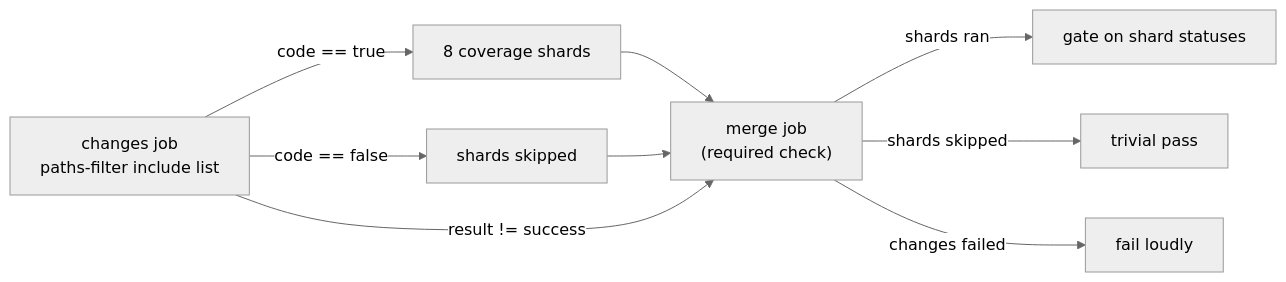
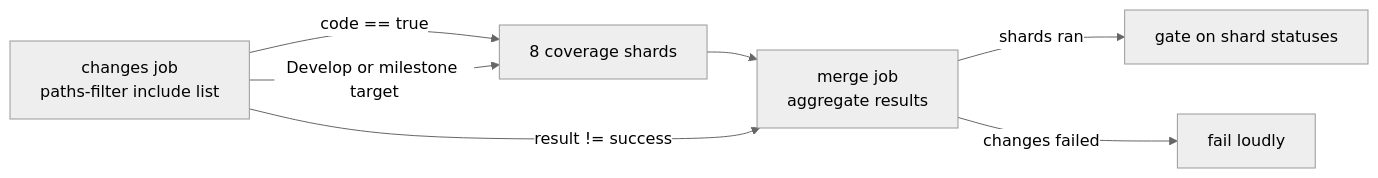
One commit to stSoftwareAU/NEAT-AI changed the first of 5 diagrams in docs/troubleshooting/CI.md. Above: the diagram before and after it, drawn with Mermaid (neutral theme). The commit also changed other lines of this file and 4 other files, not shown here.

````diff
--- a/docs/troubleshooting/CI.md
+++ b/docs/troubleshooting/CI.md
@@ -69,11 +70,9 @@
 ```mermaid
 flowchart LR
     CH["changes job<br/>paths-filter include list"] -- "code == true" --> SH["8 coverage shards"]
-    CH -- "code == false" --> SK["shards skipped"]
-    SH --> MG["merge job<br/>(required check)"]
-    SK --> MG
+    CH -- "Develop or milestone target" --> SH
+    SH --> MG["merge job<br/>aggregate results"]
     CH -- "result != success" --> MG
     MG -- "shards ran" --> G["gate on shard statuses"]
-    MG -- "shards skipped" --> P["trivial pass"]
     MG -- "changes failed" --> F["fail loudly"]
 ```
````
